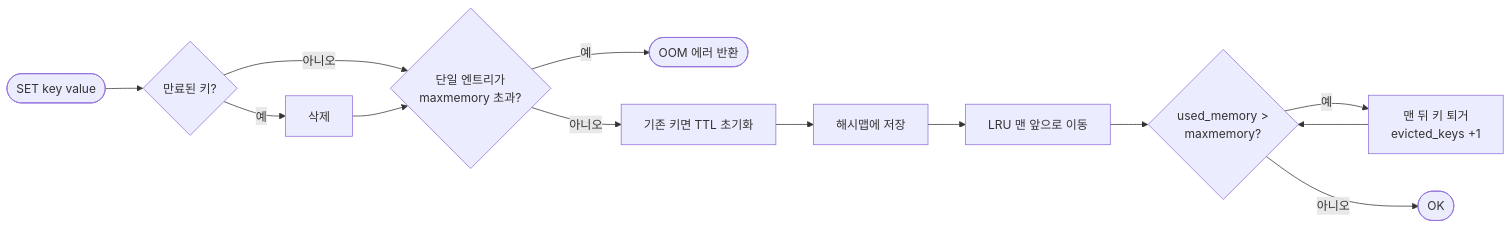
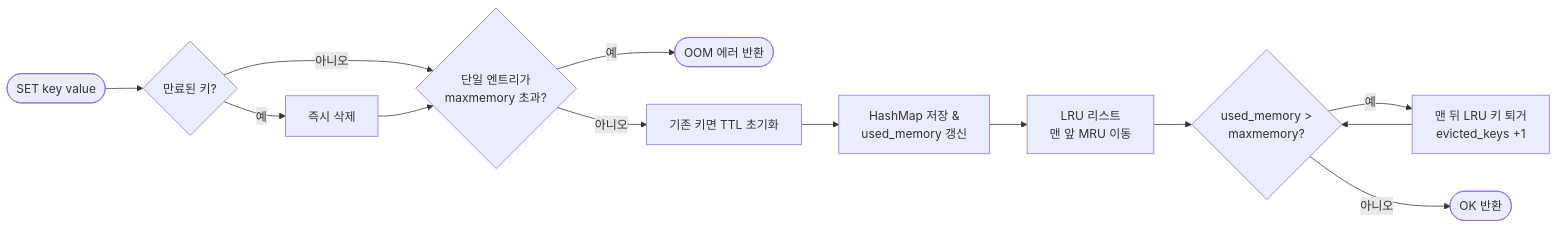
One commit to nick19850906-debug/5-1-Mini-Redis changed the first of 2 diagrams in README.md. Above: the diagram before and after it, drawn with Mermaid. The commit also changed other lines of this file and 4 other files, not shown here.

````diff
--- a/README.md
+++ b/README.md
@@ -50,15 +56,15 @@
 ```mermaid
 flowchart LR
     A([SET key value]) --> B{만료된 키?}
-    B -- 예 --> B1[삭제]
+    B -- 예 --> B1[즉시 삭제]
     B -- 아니오 --> C
     B1 --> C{단일 엔트리가<br/>maxmemory 초과?}
     C -- 예 --> E1([OOM 에러 반환])
     C -- 아니오 --> D[기존 키면 TTL 초기화]
-    D --> F[해시맵에 저장]
-    F --> G[LRU 맨 앞으로 이동]
+    D --> F[HashMap 저장 &<br/>used_memory 갱신]
+    F --> G[LRU 리스트<br/>맨 앞 MRU 이동]
     G --> H{used_memory ><br/>maxmemory?}
-    H -- 예 --> I[맨 뒤 키 퇴거<br/>evicted_keys +1]
+    H -- 예 --> I[맨 뒤 LRU 키 퇴거<br/>evicted_keys +1]
     I --> H
-    H -- 아니오 --> J([OK])
+    H -- 아니오 --> J([OK 반환])
 ```
````
